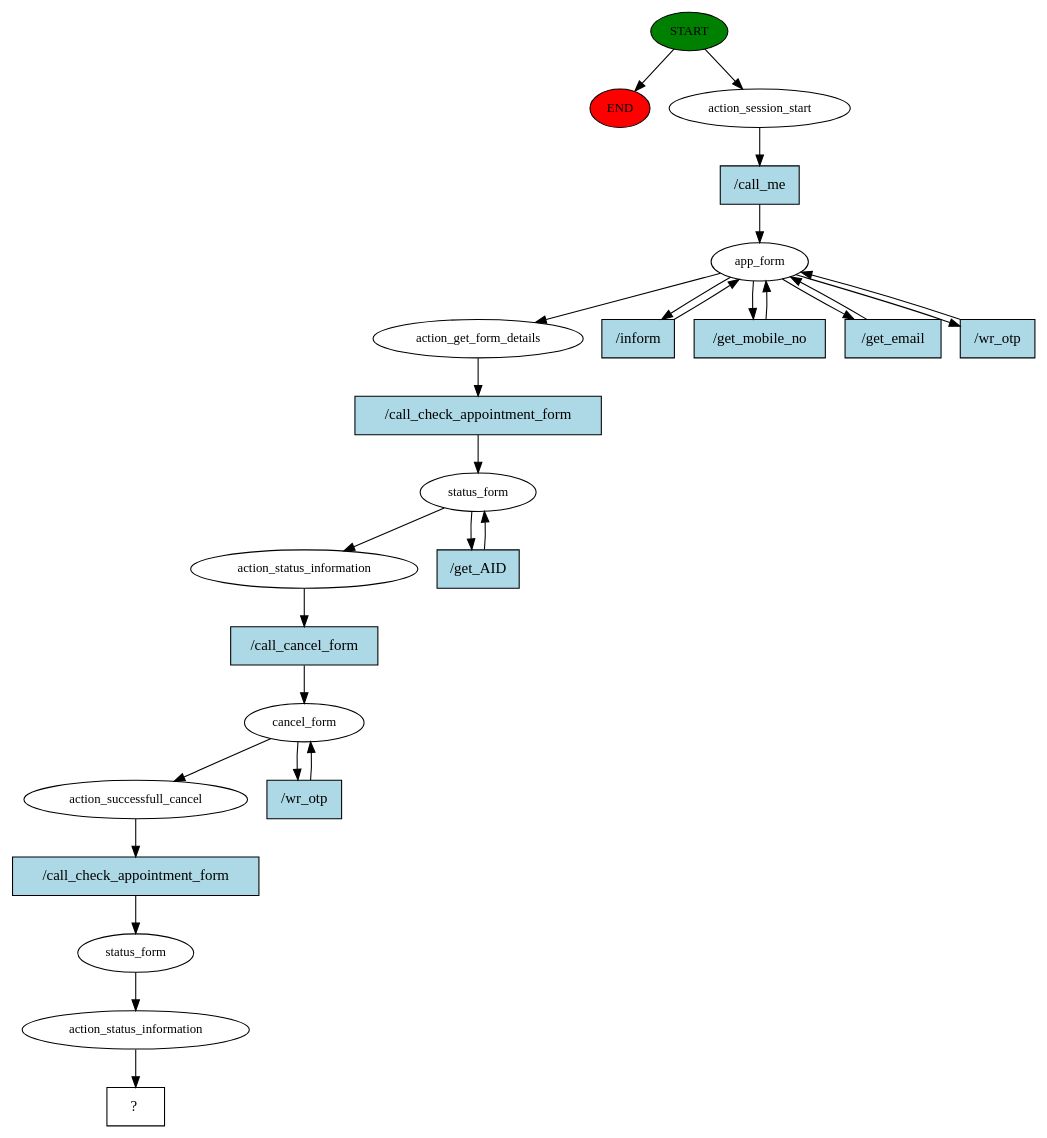
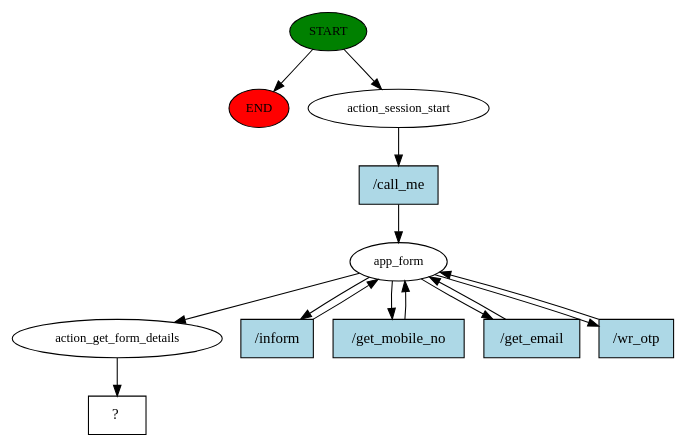
One commit to VrajPatelK/Patient-Appointment changed the diagram in chatbot/story_graph.dot. Above: the diagram before and after it, drawn with Graphviz. The commit also changed 2 other files, not shown here.

Commit message:
OTP done

```diff
--- a/chatbot/story_graph.dot
+++ b/chatbot/story_graph.dot
@@ -1,51 +1,27 @@
 digraph  {
 0 [class="start active", fillcolor=green, fontsize=12, label=START, style=filled];
 "-1" [class=end, fillcolor=red, fontsize=12, label=END, style=filled];
 1 [class=active, fontsize=12, label=action_session_start];
 2 [class=active, fontsize=12, label=app_form];
 9 [class=active, fontsize=12, label=action_get_form_details];
-10 [class=active, fontsize=12, label=status_form];
-12 [class=active, fontsize=12, label=action_status_information];
-13 [class=active, fontsize=12, label=cancel_form];
-15 [class=active, fontsize=12, label=action_successfull_cancel];
-16 [class=active, fontsize=12, label=status_form];
-17 [class=active, fontsize=12, label=action_status_information];
-18 [class="intent dashed active", label="  ?  ", shape=rect];
-19 [class="intent active", fillcolor=lightblue, label="/call_me", shape=rect, style=filled];
-20 [class="intent active", fillcolor=lightblue, label="/inform", shape=rect, style=filled];
-21 [class="intent active", fillcolor=lightblue, label="/get_mobile_no", shape=rect, style=filled];
-22 [class="intent active", fillcolor=lightblue, label="/get_email", shape=rect, style=filled];
-23 [class="intent active", fillcolor=lightblue, label="/wr_otp", shape=rect, style=filled];
-24 [class="intent active", fillcolor=lightblue, label="/call_check_appointment_form", shape=rect, style=filled];
-25 [class="intent active", fillcolor=lightblue, label="/get_AID", shape=rect, style=filled];
-26 [class="intent active", fillcolor=lightblue, label="/call_cancel_form", shape=rect, style=filled];
-27 [class="intent active", fillcolor=lightblue, label="/wr_otp", shape=rect, style=filled];
-28 [class="intent active", fillcolor=lightblue, label="/call_check_appointment_form", shape=rect, style=filled];
+10 [class="intent dashed active", label="  ?  ", shape=rect];
+11 [class="intent active", fillcolor=lightblue, label="/call_me", shape=rect, style=filled];
+12 [class="intent active", fillcolor=lightblue, label="/inform", shape=rect, style=filled];
+13 [class="intent active", fillcolor=lightblue, label="/get_mobile_no", shape=rect, style=filled];
+14 [class="intent active", fillcolor=lightblue, label="/get_email", shape=rect, style=filled];
+15 [class="intent active", fillcolor=lightblue, label="/wr_otp", shape=rect, style=filled];
 0 -> "-1"  [class="", key=NONE, label=""];
 0 -> 1  [class=active, key=NONE, label=""];
-1 -> 19  [class=active, key=0];
+1 -> 11  [class=active, key=0];
 2 -> 9  [class=active, key=NONE, label=""];
-2 -> 20  [class=active, key=0];
-2 -> 21  [class=active, key=0];
-2 -> 22  [class=active, key=0];
-2 -> 23  [class=active, key=0];
-9 -> 24  [class=active, key=0];
-10 -> 12  [class=active, key=NONE, label=""];
-10 -> 25  [class=active, key=0];
-12 -> 26  [class=active, key=0];
-13 -> 15  [class=active, key=NONE, label=""];
-13 -> 27  [class=active, key=0];
-15 -> 28  [class=active, key=0];
-16 -> 17  [class=active, key=NONE, label=""];
-17 -> 18  [class=active, key=NONE, label=""];
-19 -> 2  [class=active, key=0];
-20 -> 2  [class=active, key=0];
-21 -> 2  [class=active, key=0];
-22 -> 2  [class=active, key=0];
-23 -> 2  [class=active, key=0];
-24 -> 10  [class=active, key=0];
-25 -> 10  [class=active, key=0];
-26 -> 13  [class=active, key=0];
-27 -> 13  [class=active, key=0];
-28 -> 16  [class=active, key=0];
+2 -> 12  [class=active, key=0];
+2 -> 13  [class=active, key=0];
+2 -> 14  [class=active, key=0];
+2 -> 15  [class=active, key=0];
+9 -> 10  [class=active, key=NONE, label=""];
+11 -> 2  [class=active, key=0];
+12 -> 2  [class=active, key=0];
+13 -> 2  [class=active, key=0];
+14 -> 2  [class=active, key=0];
+15 -> 2  [class=active, key=0];
 }
```
